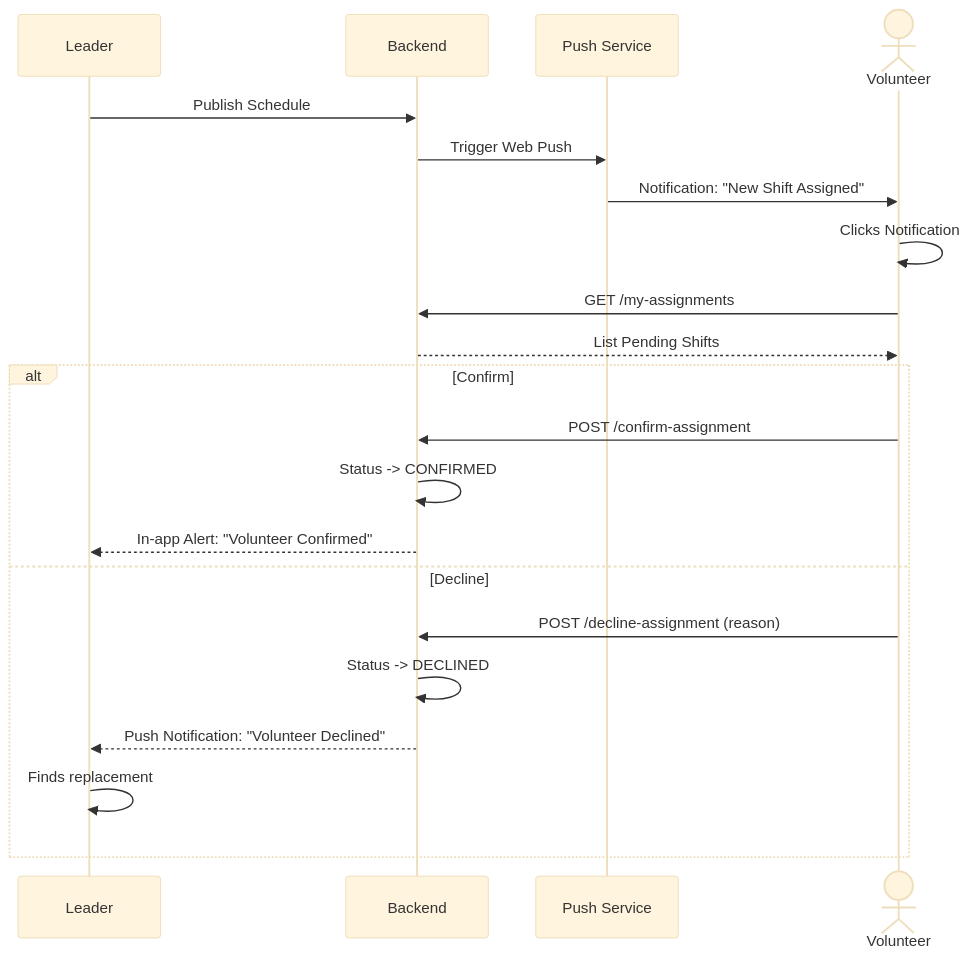
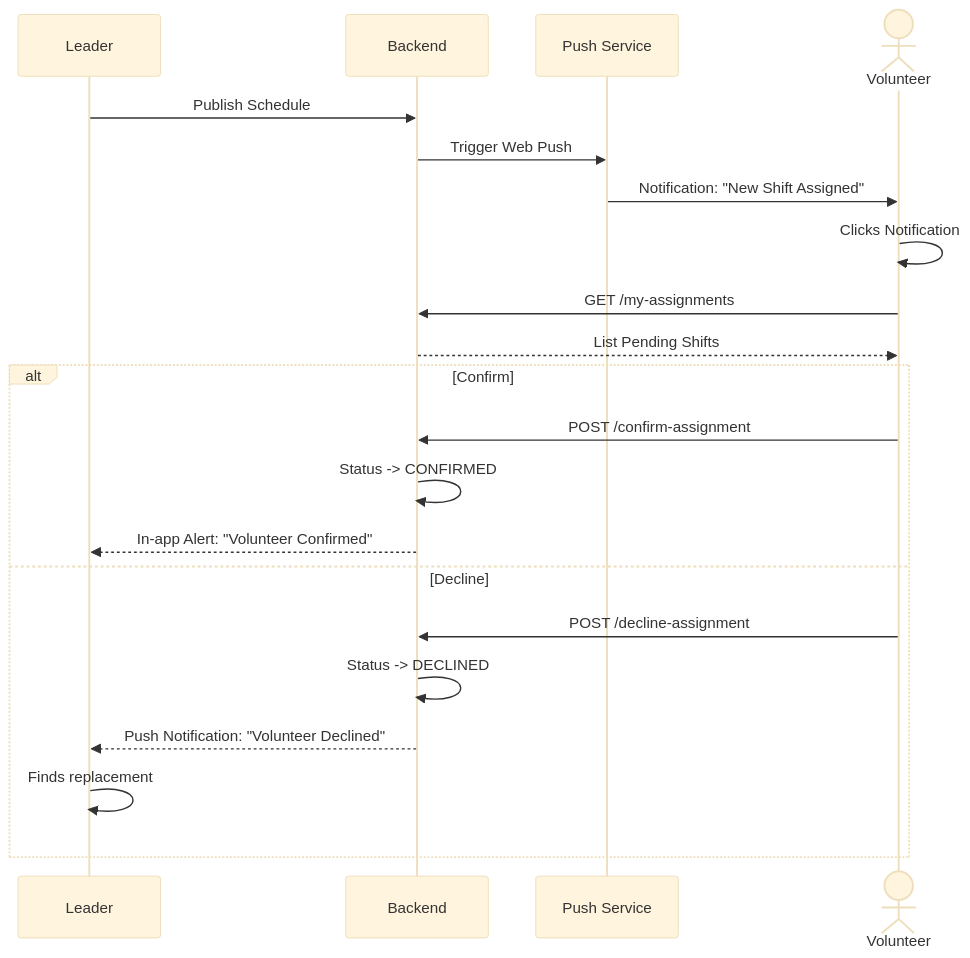
Before and after one commit to tiagoluizpoli/church: the diagram in manual-planning/0001-volunteer-scheduling/flowcharts/confirmation-flow.md, drawn with Mermaid (base theme). The commit also changed 12 other files, not shown here.

````diff
--- a/manual-planning/0001-volunteer-scheduling/flowcharts/confirmation-flow.md
+++ b/manual-planning/0001-volunteer-scheduling/flowcharts/confirmation-flow.md
@@ -3,25 +3,25 @@
 ```mermaid
 sequenceDiagram
     participant L as Leader
     participant API as Backend
     participant P as Push Service
     actor V as Volunteer
 
     L->>API: Publish Schedule
     API->>P: Trigger Web Push
     P->>V: Notification: "New Shift Assigned"
     V->>V: Clicks Notification
     V->>API: GET /my-assignments
     API-->>V: List Pending Shifts
     
     alt Confirm
         V->>API: POST /confirm-assignment
         API->>API: Status -> CONFIRMED
         API-->>L: In-app Alert: "Volunteer Confirmed"
     else Decline
-        V->>API: POST /decline-assignment (reason)
+        V->>API: POST /decline-assignment
         API->>API: Status -> DECLINED
         API-->>L: Push Notification: "Volunteer Declined"
         L->>L: Finds replacement
     end
 ```
````
